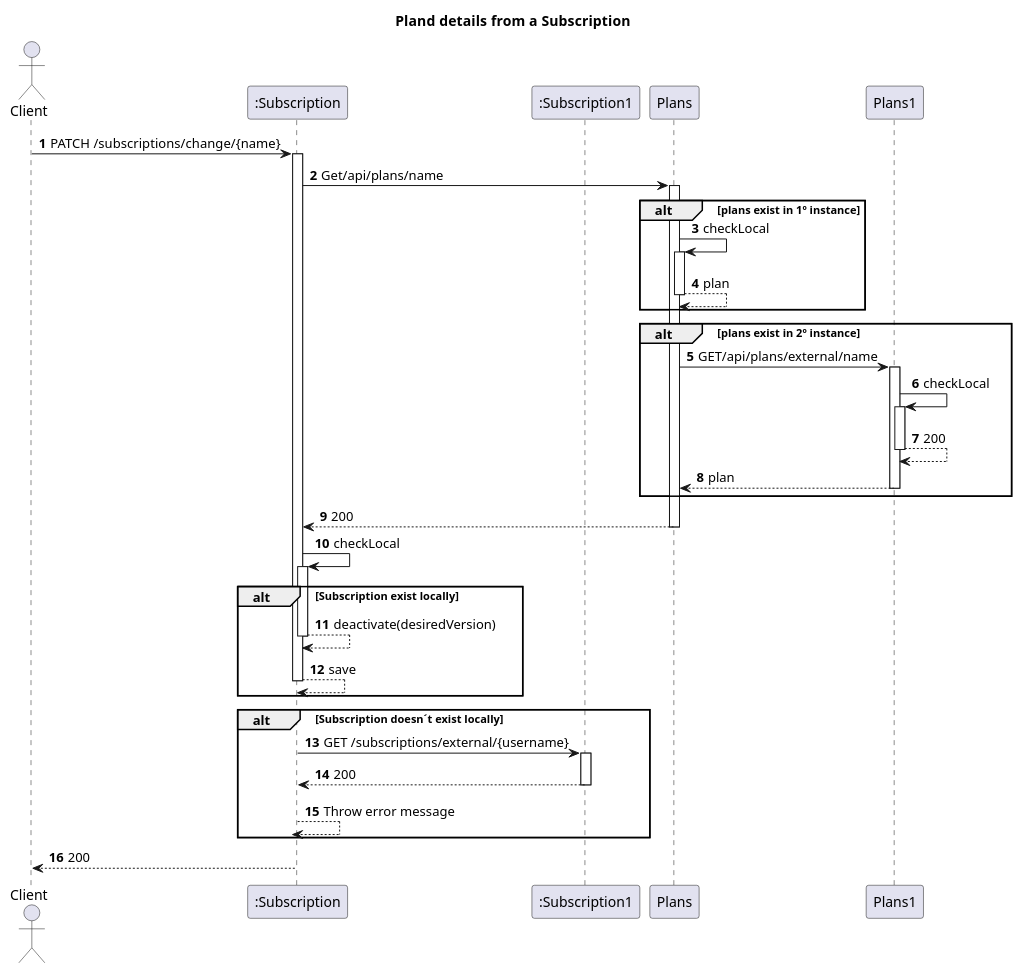
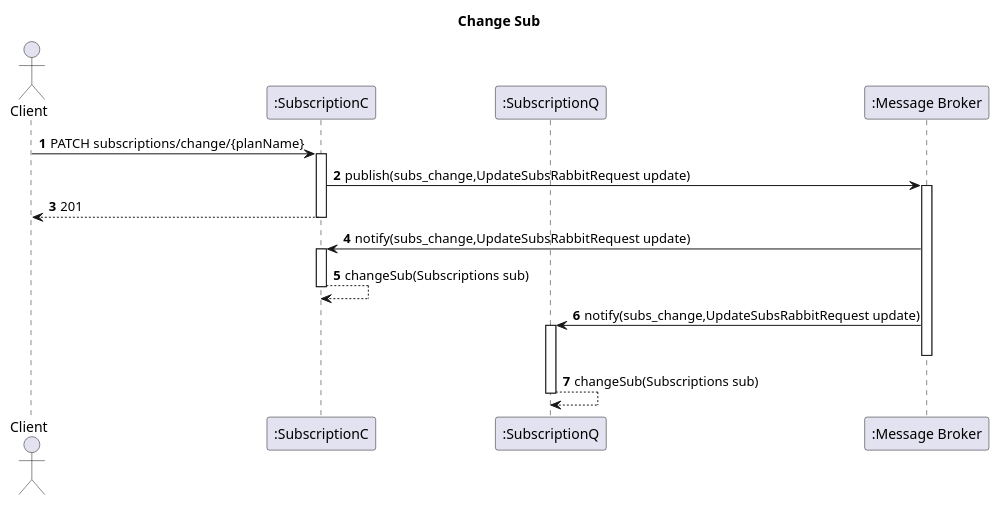
Before and after one commit to IsepMartimOliveira/SIDIS: the diagram in docs_sidis/Segunda_Avalição/Subs/Vista Logica/N2/ChangeSubs.puml, drawn with PlantUML. The commit also changed 6 other files, not shown here.

```diff
--- a/docs_sidis/Segunda_Avalição/Subs/Vista Logica/N2/ChangeSubs.puml
+++ b/docs_sidis/Segunda_Avalição/Subs/Vista Logica/N2/ChangeSubs.puml
@@ -1,39 +1,27 @@
 @startuml
 'https://plantuml.com/sequence-diagram
 autoactivate on
 autonumber
-title   Pland details from a  Subscription
+title  Change Sub
 
 autonumber
 
 actor "Client" as Ac
-participant ":Subscription" as Auth
-participant ":Subscription1" as Serv
 
+participant ":SubscriptionC" as SubC
+participant ":SubscriptionQ" as SubQ
+participant ":Message Broker" as Broker
 
-Ac->Auth: PATCH /subscriptions/change/{name}
-Auth -> Plans: Get/api/plans/name
-alt plans exist in 1º instance
-    Plans -> Plans: checkLocal
-    Plans --> Plans: plan
-end
-alt plans exist in 2º instance
-    Plans -> Plans1: GET/api/plans/external/name
-    Plans1 -> Plans1: checkLocal
-    Plans1 --> Plans1: 200
-    Plans1 --> Plans: plan
-end
-Plans --> Auth: 200
-Auth->Auth:checkLocal
-alt Subscription exist locally
-Auth-->Auth:deactivate(desiredVersion)
-Auth-->Auth:save
-end
-alt Subscription doesn´t exist locally
+Ac->SubC:PATCH subscriptions/change/{planName}
 
-Auth->Serv: GET /subscriptions/external/{username}
-Serv-->Auth:200
-Auth-->Auth:Throw error message
-end
-Auth-->Ac:200
+SubC->Broker: publish(subs_change,UpdateSubsRabbitRequest update)
+SubC-->Ac:201
+
+Broker->SubC:notify(subs_change,UpdateSubsRabbitRequest update)
+SubC-->SubC:changeSub(Subscriptions sub)
+Broker->SubQ:notify(subs_change,UpdateSubsRabbitRequest update)
+deactivate Broker
+
+SubQ-->SubQ:changeSub(Subscriptions sub)
+
 @enduml
```
